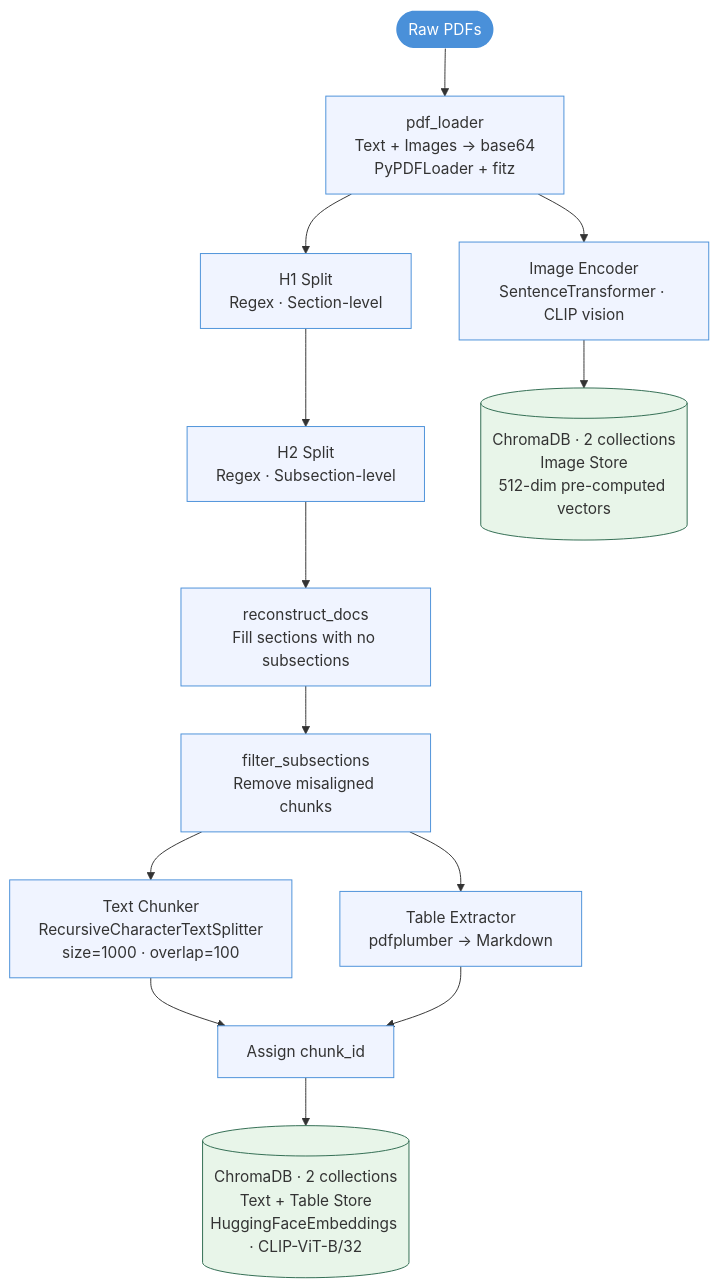
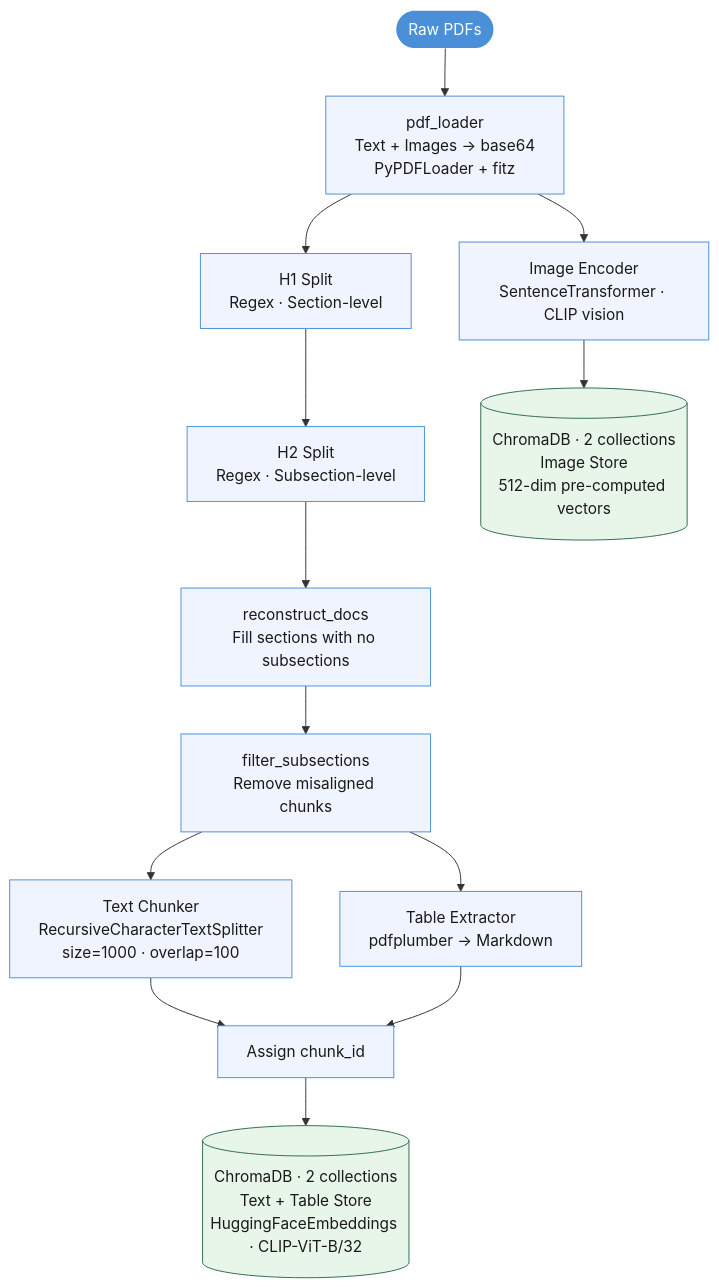
One commit to qing123777/multimodal-rag-pipeline changed the first of 2 diagrams in README.md. Above: the diagram before and after it, drawn with Mermaid.

Commit message:
Modify RAG pipeline diagram class definitions
Updated class definitions in the RAG pipeline diagram to include text color.

````diff
--- a/README.md
+++ b/README.md
@@ -42,19 +42,19 @@
 ```mermaid
 flowchart TD
-    classDef proc fill:#f0f4ff,stroke:#4a90d9
-    classDef store fill:#e8f5e9,stroke:#2d6a4f
+    classDef proc fill:#f0f4ff,stroke:#4a90d9,color:#1a1a1a
+    classDef store fill:#e8f5e9,stroke:#2d6a4f,color:#1a1a1a
     classDef src fill:#4a90d9,color:#fff,stroke:none
 
     A([Raw PDFs]):::src --> B[pdf_loader\nText + Images → base64\nPyPDFLoader + fitz]:::proc
     B --> C[H1 Split\nRegex · Section-level]:::proc
     C --> D[H2 Split\nRegex · Subsection-level]:::proc
     D --> E[reconstruct_docs\nFill sections with no subsections]:::proc
     E --> F[filter_subsections\nRemove misaligned chunks]:::proc
     F --> G[Text Chunker\nRecursiveCharacterTextSplitter\nsize=1000 · overlap=100]:::proc
     F --> H[Table Extractor\npdfplumber → Markdown]:::proc
     G --> I[Assign chunk_id]:::proc
     H --> I
     I --> J[("ChromaDB · 2 collections\nText + Table Store\nHuggingFaceEmbeddings · CLIP-ViT-B/32")]:::store
     B --> K[Image Encoder\nSentenceTransformer · CLIP vision]:::proc
     K --> L[("ChromaDB · 2 collections\nImage Store\n512-dim pre-computed vectors")]:::store
 ```
````
